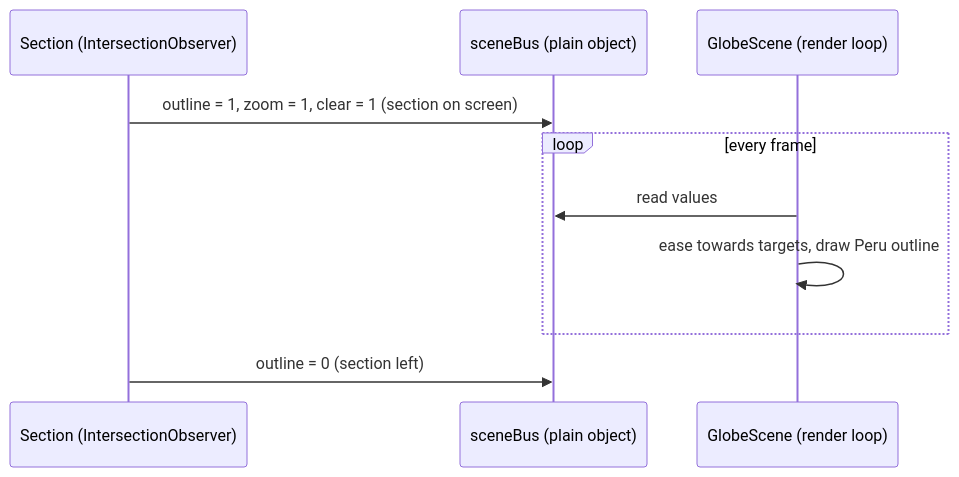
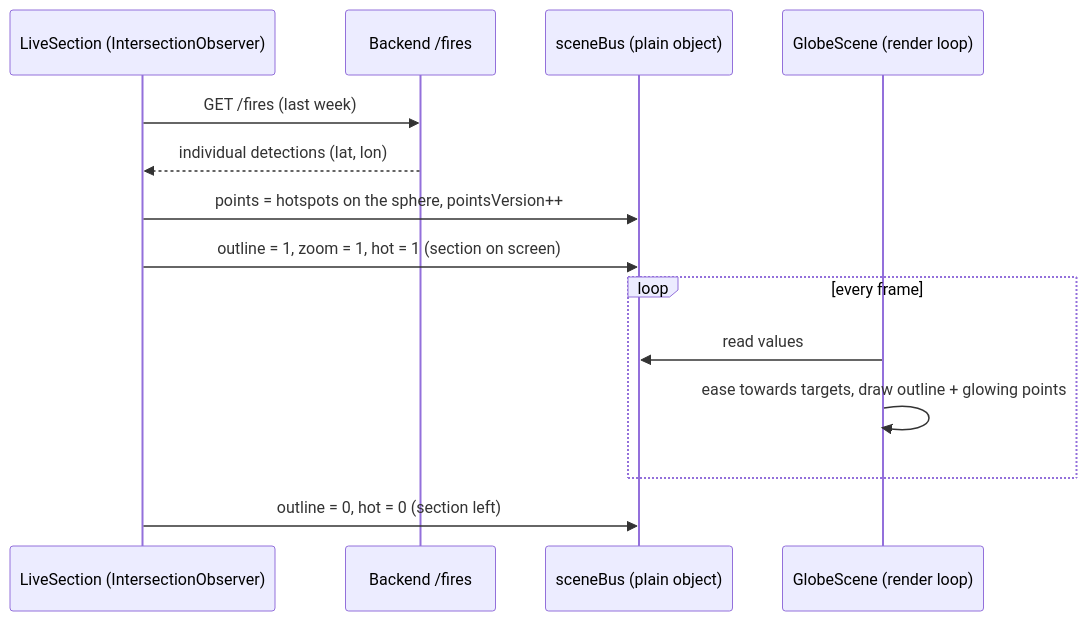
The second of 11 diagrams in frontend/README.md (SebasHuaypar/Yakanas-NASA), drawn with Mermaid before and after one commit. The commit also changed other lines of this file and 17 other files, not shown here.

````diff
--- a/frontend/README.md
+++ b/frontend/README.md
@@ -110,12 +122,16 @@
 ```mermaid
 sequenceDiagram
-    participant Sec as Section (IntersectionObserver)
+    participant Sec as LiveSection (IntersectionObserver)
+    participant API as Backend /fires
     participant Bus as sceneBus (plain object)
     participant Globe as GlobeScene (render loop)
-    Sec->>Bus: outline = 1, zoom = 1, clear = 1  (section on screen)
+    Sec->>API: GET /fires (last week)
+    API-->>Sec: individual detections (lat, lon)
+    Sec->>Bus: points = hotspots on the sphere, pointsVersion++
+    Sec->>Bus: outline = 1, zoom = 1, hot = 1  (section on screen)
     loop every frame
         Globe->>Bus: read values
-        Globe->>Globe: ease towards targets, draw Peru outline
+        Globe->>Globe: ease towards targets, draw outline + glowing points
     end
-    Sec->>Bus: outline = 0  (section left)
+    Sec->>Bus: outline = 0, hot = 0  (section left)
 ```
````
